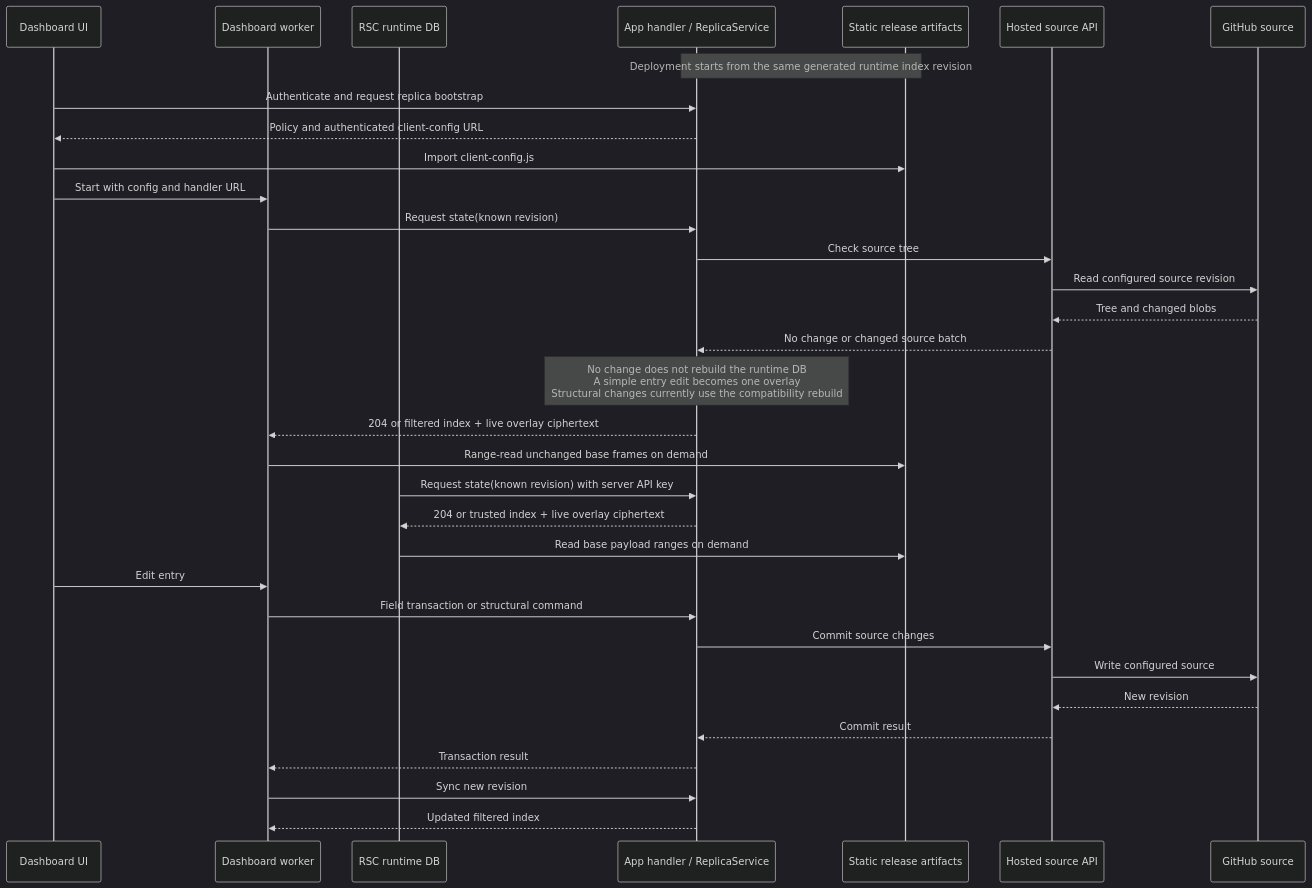
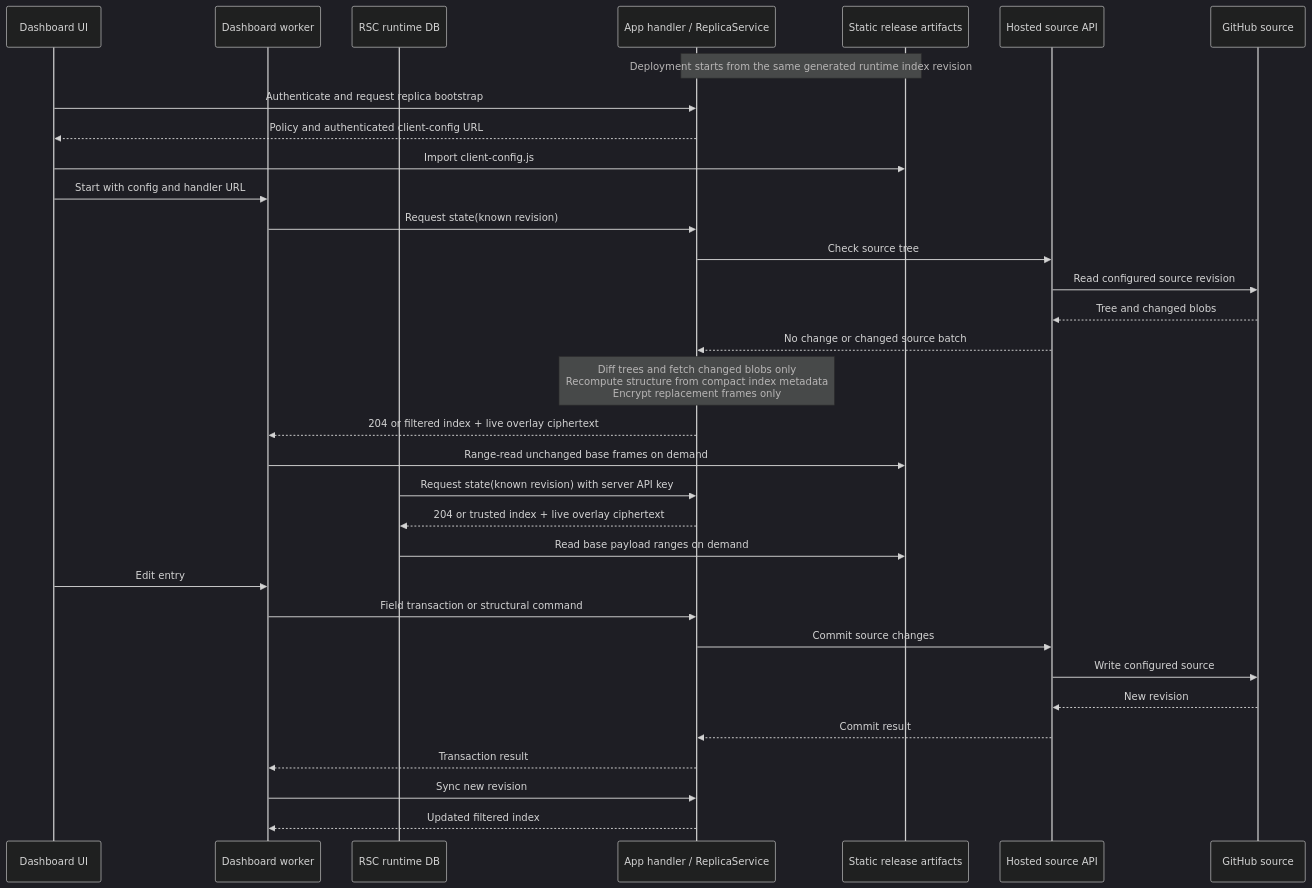
The second of 3 diagrams in src/database/SYNC.md (alineacms/alinea), drawn with Mermaid (dark theme) before and after one commit. The commit also changed other lines of this file and 82 other files, not shown here.

````diff
--- a/src/database/SYNC.md
+++ b/src/database/SYNC.md
@@ -56,39 +56,39 @@
 ```mermaid
 sequenceDiagram
   participant UI as Dashboard UI
   participant W as Dashboard worker
   participant R as RSC runtime DB
   participant H as App handler / ReplicaService
   participant P as Static release artifacts
   participant C as Hosted source API
   participant G as GitHub source
 
   Note over H,P: Deployment starts from the same generated runtime index revision
 
   UI->>H: Authenticate and request replica bootstrap
   H-->>UI: Policy and authenticated client-config URL
   UI->>P: Import client-config.js
   UI->>W: Start with config and handler URL
   W->>H: Request state(known revision)
   H->>C: Check source tree
   C->>G: Read configured source revision
   G-->>C: Tree and changed blobs
   C-->>H: No change or changed source batch
-  Note over H: No change does not rebuild the runtime DB<br/>A simple entry edit becomes one overlay<br/>Structural changes currently use the compatibility rebuild
+  Note over H: Diff trees and fetch changed blobs only<br/>Recompute structure from compact index metadata<br/>Encrypt replacement frames only
   H-->>W: 204 or filtered index + live overlay ciphertext
   W->>P: Range-read unchanged base frames on demand
 
   R->>H: Request state(known revision) with server API key
   H-->>R: 204 or trusted index + live overlay ciphertext
   R->>P: Read base payload ranges on demand
 
   UI->>W: Edit entry
   W->>H: Field transaction or structural command
   H->>C: Commit source changes
   C->>G: Write configured source
   G-->>C: New revision
   C-->>H: Commit result
   H-->>W: Transaction result
   W->>H: Sync new revision
   H-->>W: Updated filtered index
 ```
````
